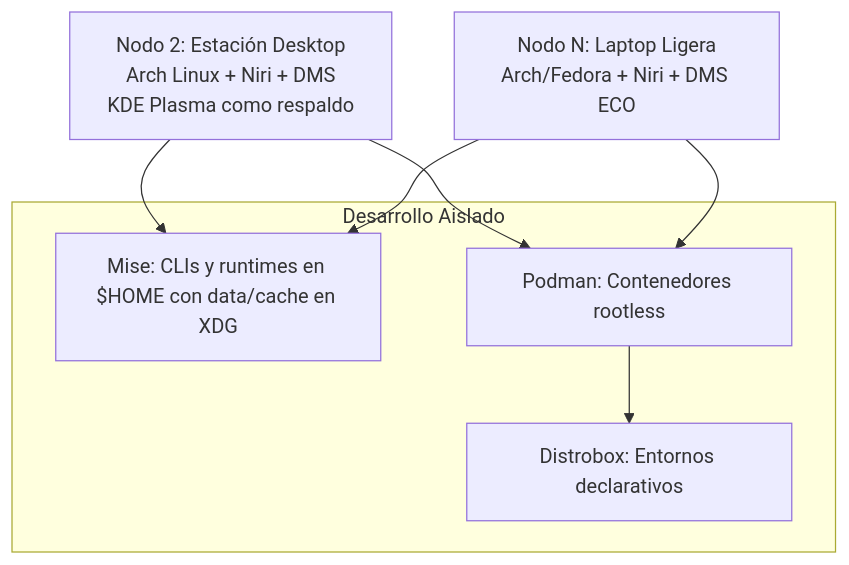
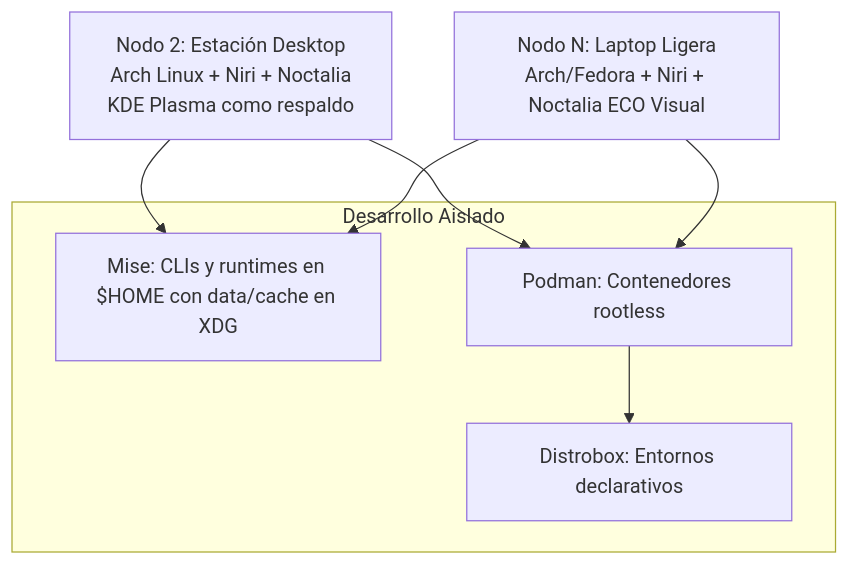
Before and after one commit to yordycg/dotfiles-universal: the diagram in AGENTS.md, drawn with Mermaid. The commit also changed other lines of this file and 18 other files, not shown here.

First line of the commit message:
feat(shell): migrate from dms to noctalia with visual eco profile for laptop

````diff
--- a/AGENTS.md
+++ b/AGENTS.md
@@ -36,17 +36,17 @@
 ```mermaid
 graph TD
-    Node2[Nodo 2: Estación Desktop<br>Arch Linux + Niri + DMS<br>KDE Plasma como respaldo]
-    NodeN[Nodo N: Laptop Ligera<br>Arch/Fedora + Niri + DMS ECO]
+    Node2[Nodo 2: Estación Desktop<br>Arch Linux + Niri + Noctalia<br>KDE Plasma como respaldo]
+    NodeN[Nodo N: Laptop Ligera<br>Arch/Fedora + Niri + Noctalia ECO Visual]
 
     subgraph Desarrollo Aislado
         Mise[Mise: CLIs y runtimes en $HOME con data/cache en XDG]
         Podman[Podman: Contenedores rootless]
         Distrobox[Distrobox: Entornos declarativos]
     end
 
     Node2 --> Mise
     Node2 --> Podman
     NodeN --> Mise
     NodeN --> Podman
     Podman --> Distrobox
 ```
````
